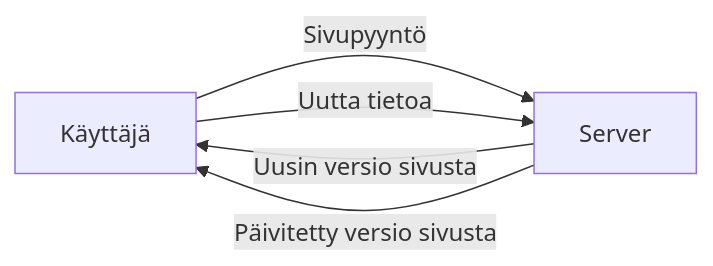
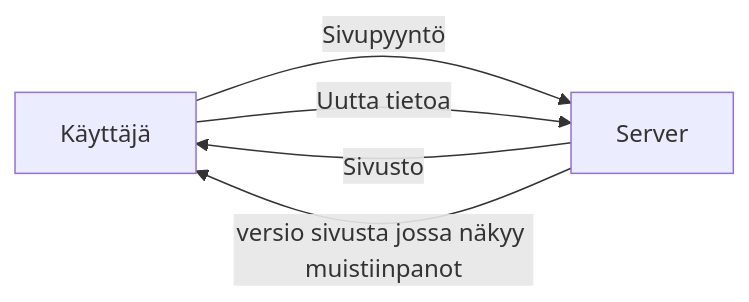
Before and after one commit to AA3171/palautus: the diagram in osa0/04.md, drawn with Mermaid.

````diff
--- a/osa0/04.md
+++ b/osa0/04.md
@@ -1,7 +1,7 @@
 ```mermaid
 flowchart LR;
     Käyttäjä-->|Sivupyyntö|Server
-    Server-->|Uusin versio sivusta|Käyttäjä
+    Server-->|Sivusto|Käyttäjä
     Käyttäjä-->|Uutta tietoa|Server
-    Server-->|Päivitetty versio sivusta|Käyttäjä
+    Server-->|versio sivusta jossa näkyy muistiinpanot|Käyttäjä
 ```
````
